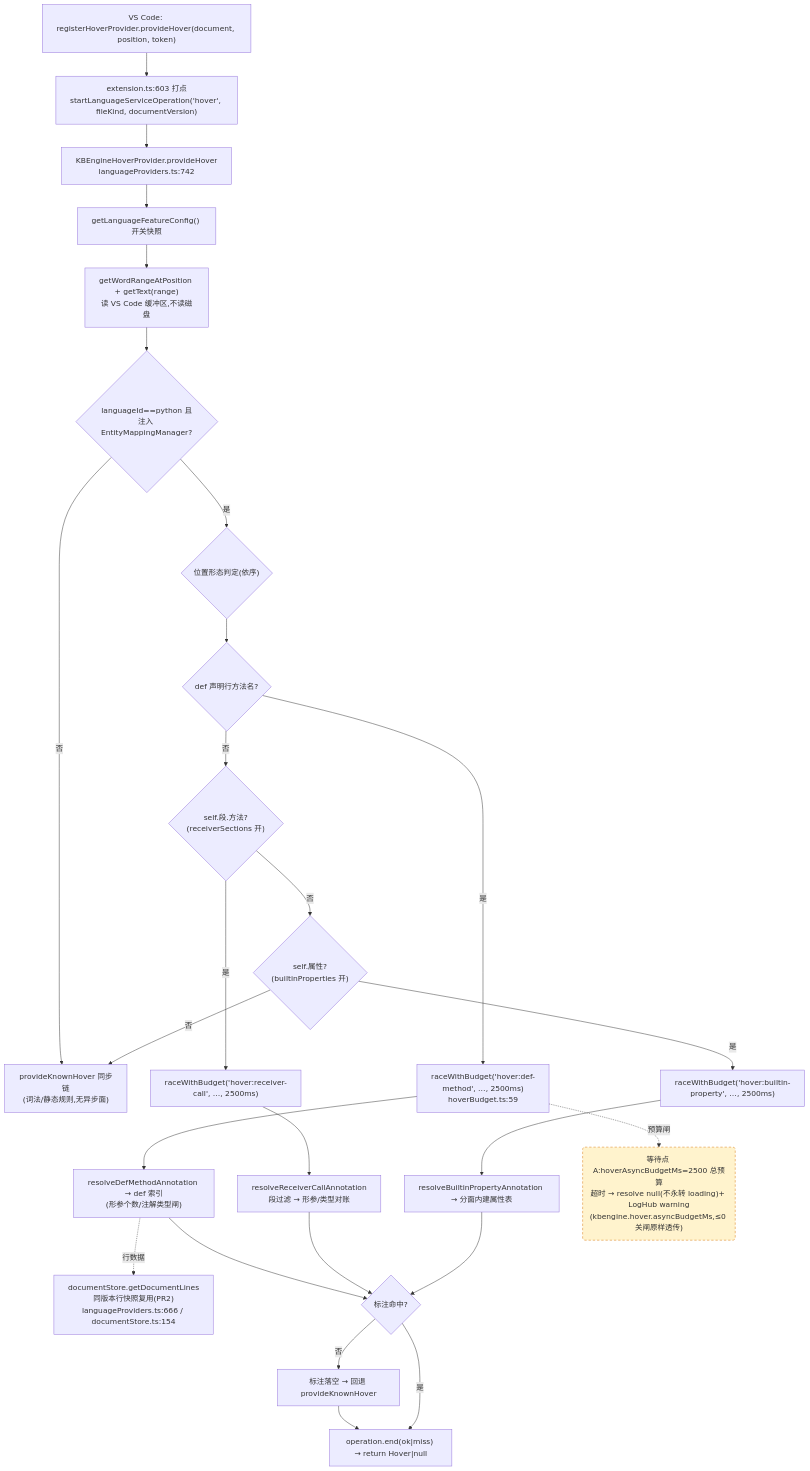
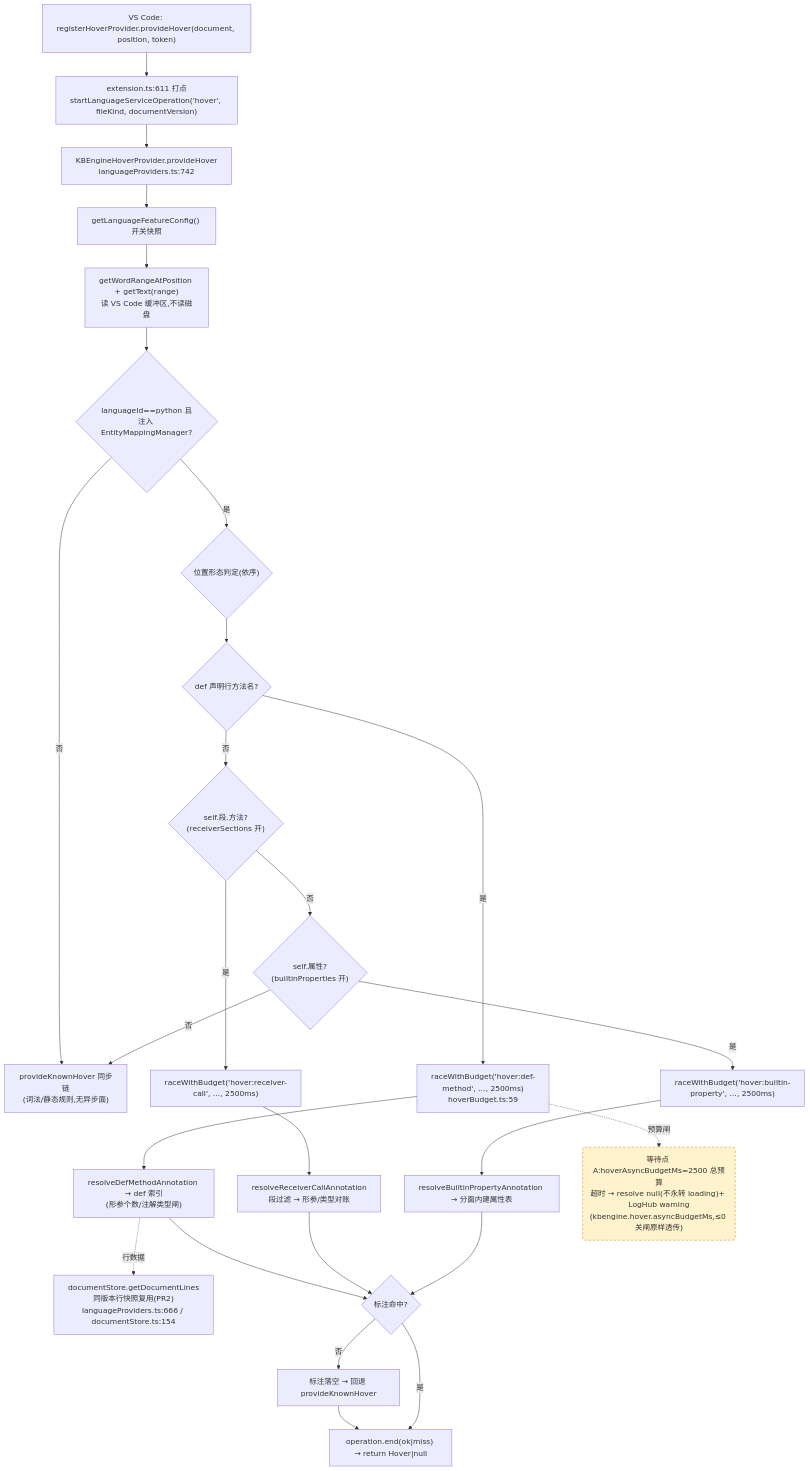
One commit to cuihairu/kode changed the first of 4 diagrams in docs/perf/2026-baseline.md. Above: the diagram before and after it, drawn with Mermaid. The commit also changed other lines of this file and 12 other files, not shown here.

````diff
--- a/docs/perf/2026-baseline.md
+++ b/docs/perf/2026-baseline.md
@@ -82,45 +82,45 @@
 ```mermaid
 flowchart TD
   VC1["VS Code: registerHoverProvider.provideHover(document, position, token)"]
-  M1["extension.ts:603 打点<br/>startLanguageServiceOperation('hover', fileKind, documentVersion)"]
+  M1["extension.ts:611 打点<br/>startLanguageServiceOperation('hover', fileKind, documentVersion)"]
   HP["KBEngineHoverProvider.provideHover<br/>languageProviders.ts:742"]
   CFG["getLanguageFeatureConfig() 开关快照"]
   WORD["getWordRangeAtPosition + getText(range)<br/>读 VS Code 缓冲区,不读磁盘"]
   BR{"languageId==python 且<br/>注入 EntityMappingManager?"}
   KN["provideKnownHover 同步链<br/>(词法/静态规则,无异步面)"]
   POS{"位置形态判定(依序)"}
   D1{"def 声明行方法名?"}
   D2{"self.段.方法?<br/>(receiverSections 开)"}
   D3{"self.属性?<br/>(builtinProperties 开)"}
   RA1["raceWithBudget('hover:def-method', …, 2500ms)<br/>hoverBudget.ts:59"]
   RA2["raceWithBudget('hover:receiver-call', …, 2500ms)"]
   RA3["raceWithBudget('hover:builtin-property', …, 2500ms)"]
   RS1["resolveDefMethodAnnotation → def 索引<br/>(形参个数/注解类型闸)"]
   RS2["resolveReceiverCallAnnotation<br/>段过滤 → 形参/类型对账"]
   RS3["resolveBuiltinPropertyAnnotation → 分面内建属性表"]
   LINES["documentStore.getDocumentLines<br/>同版本行快照复用(PR2)<br/>languageProviders.ts:666 / documentStore.ts:154"]
   MISS["标注落空 → 回退 provideKnownHover"]
   END1["operation.end(ok|miss) → return Hover|null"]
 
   VC1 --> M1 --> HP --> CFG --> WORD --> BR
   BR -- "否" --> KN
   BR -- "是" --> POS --> D1
   D1 -- "是" --> RA1 --> RS1
   D1 -- "否" --> D2
   D2 -- "是" --> RA2 --> RS2
   D2 -- "否" --> D3
   D3 -- "是" --> RA3 --> RS3
   D3 -- "否" --> KN
   RS1 --> HIT{"标注命中?"}
   RS2 --> HIT
   RS3 --> HIT
   RS1 -.->|行数据| LINES
   HIT -- "否" --> MISS --> END1
   HIT -- "是" --> END1
 
   WAITA("等待点 A:hoverAsyncBudgetMs=2500 总预算<br/>超时 → resolve null(不永转 loading)+ LogHub warning<br/>(kbengine.hover.asyncBudgetMs,≤0 关闸原样透传)")
   RA1 -.->|预算闸| WAITA
 
   classDef waitPoint fill:#fff3cd,stroke:#d97706,stroke-dasharray:5 4;
   class WAITA waitPoint;
 ```
````
